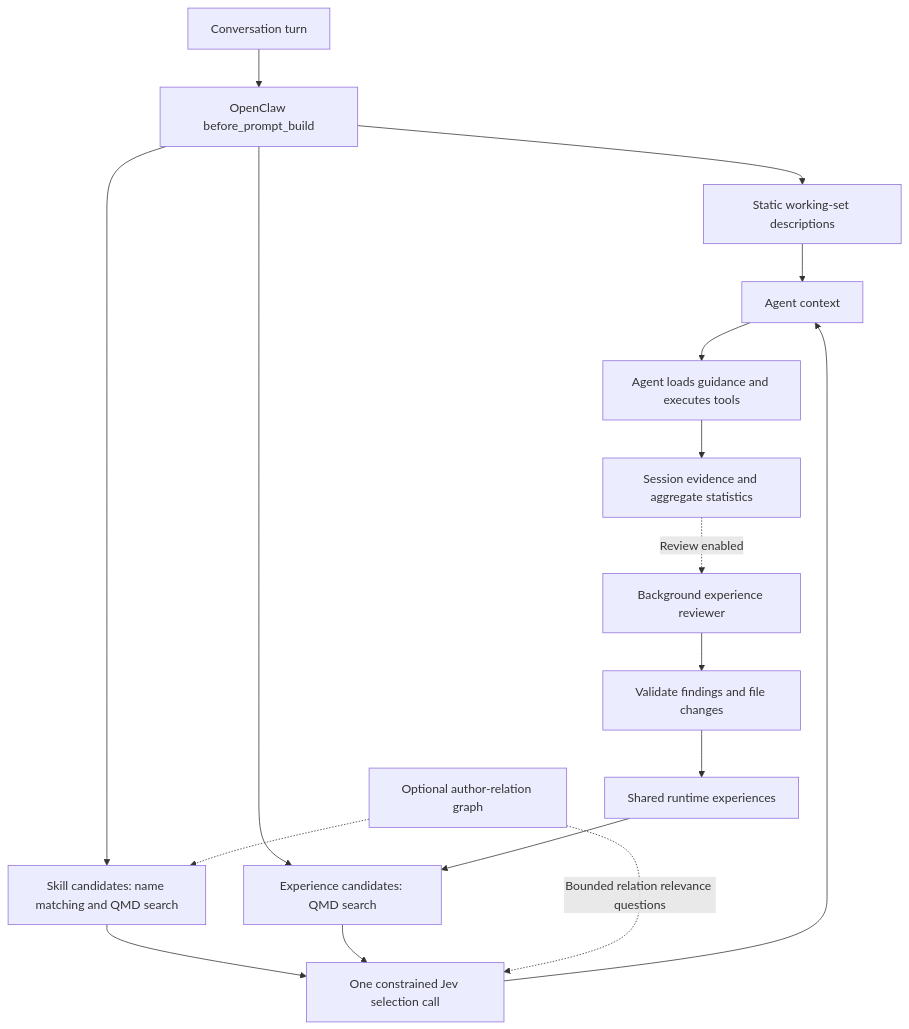
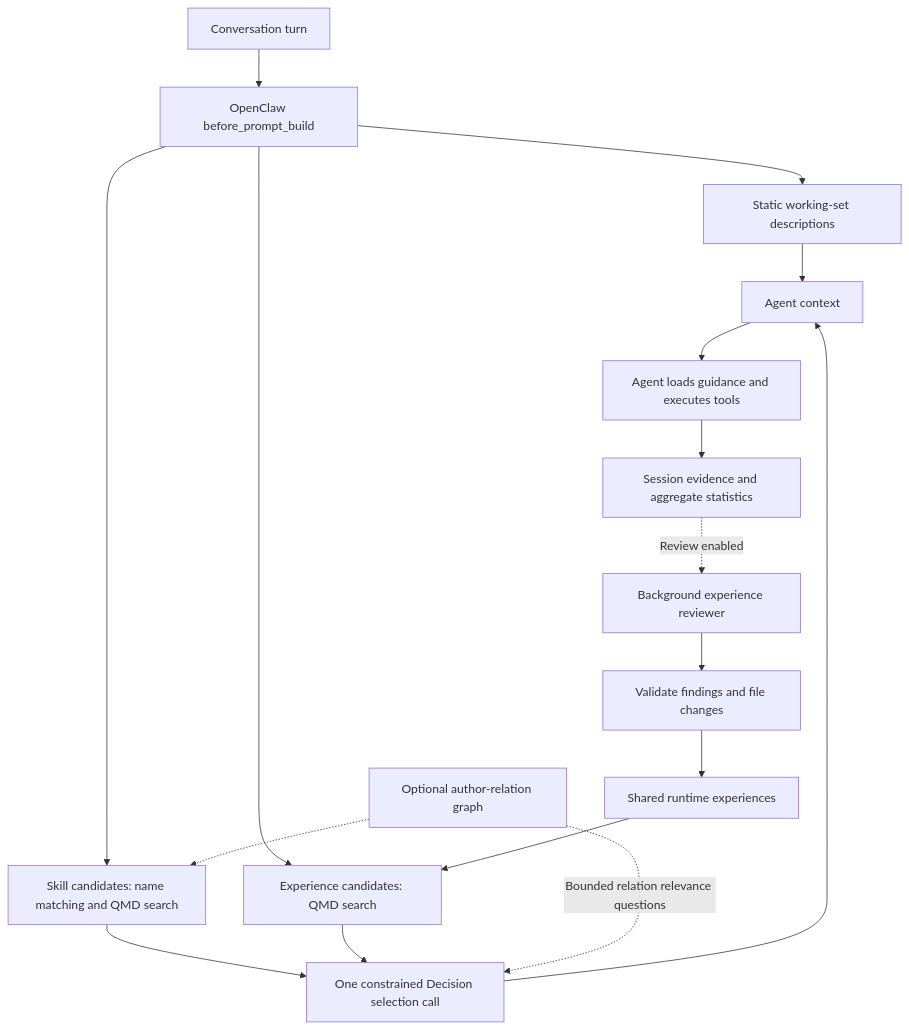
One commit to ani6439walc/openclaw-plugin-skill-harness changed the diagram in README.md. Above: the diagram before and after it, drawn with Mermaid. The commit also changed other lines of this file and 27 other files, not shown here.

First line of the commit message:
feat!: use host Decision API for unified selection (#98)

````diff
--- a/README.md
+++ b/README.md
@@ -38,19 +38,19 @@
 ```mermaid
 flowchart TD
   U[Conversation turn] --> H[OpenClaw before_prompt_build]
   H --> W[Static working-set descriptions]
   H --> S[Skill candidates: name matching and QMD search]
   H --> E[Experience candidates: QMD search]
   G[Optional author-relation graph] -.-> S
-  S --> J[One constrained Jev selection call]
+  S --> J[One constrained Decision selection call]
   E --> J
   G -. Bounded relation relevance questions .-> J
   W --> C[Agent context]
   J --> C
   C --> A[Agent loads guidance and executes tools]
   A --> T[Session evidence and aggregate statistics]
   T -. Review enabled .-> R[Background experience reviewer]
   R --> V[Validate findings and file changes]
   V --> X[Shared runtime experiences]
   X --> E
 ```
````
